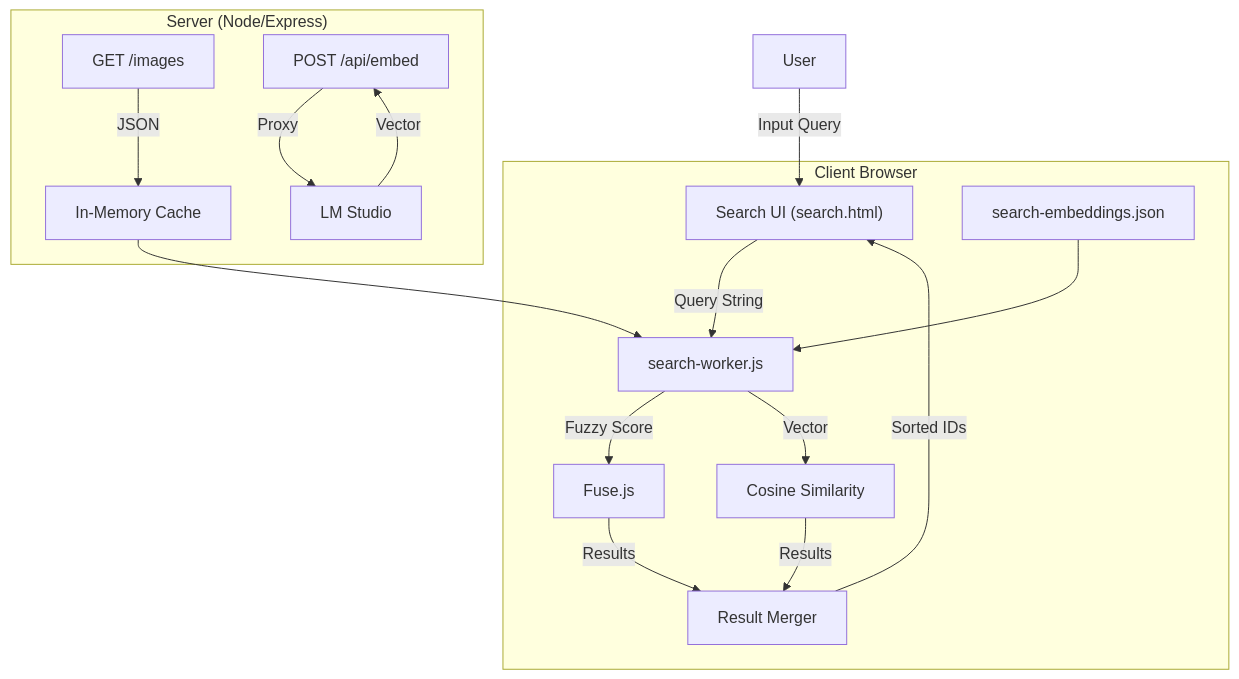
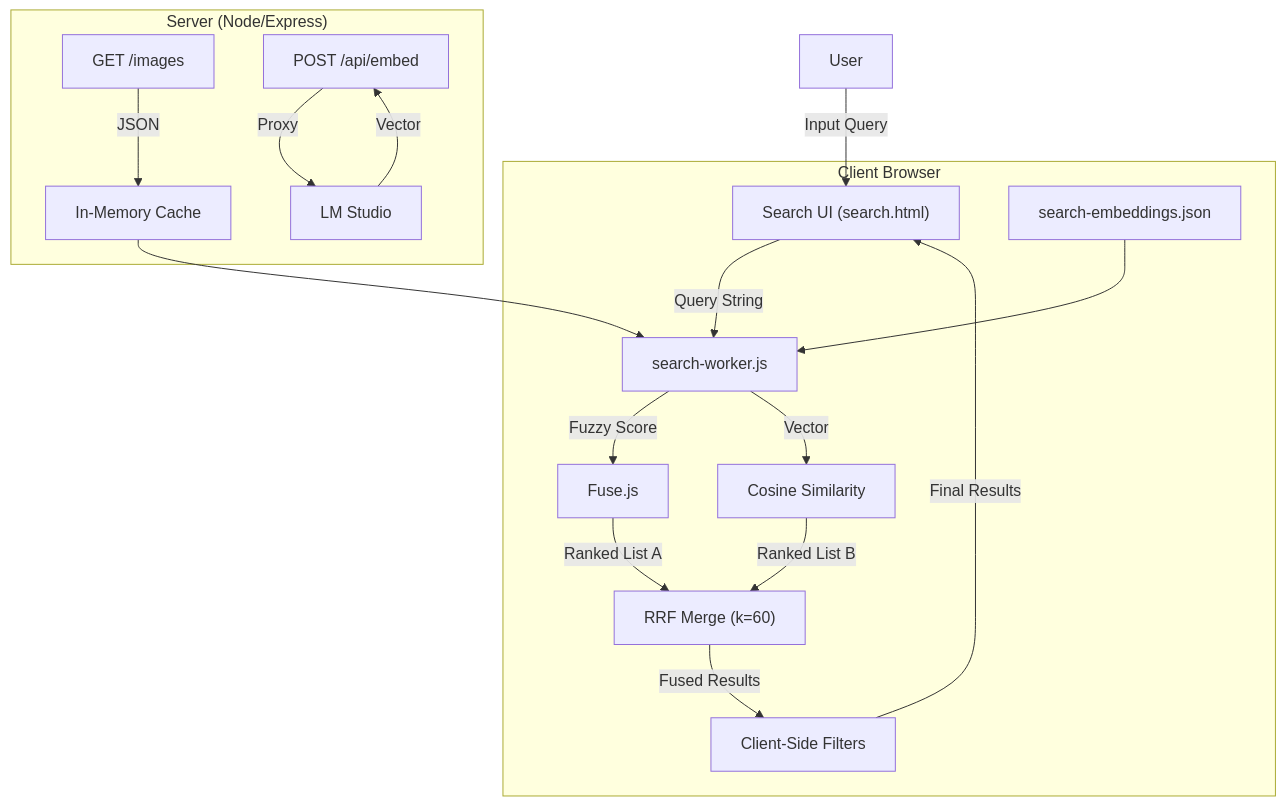
One commit to hellonearthis/LM-AI-studio changed the first of 2 diagrams in readme_search.md. Above: the diagram before and after it, drawn with Mermaid. The commit also changed other lines of this file, not shown here.

Commit message:
Update readme_search.md with RRF hybrid search, 3-way mode selector, and tooltip reference

````diff
--- a/readme_search.md
+++ b/readme_search.md
@@ -44,25 +55,26 @@
 ```mermaid
 graph TD
     User[User] -->|Input Query| UI["Search UI (search.html)"]
     
     subgraph "Server (Node/Express)"
         API_Img[GET /images] -->|JSON| Cache
         API_Embed[POST /api/embed] -->|Proxy| LMS[LM Studio]
         LMS -->|Vector| API_Embed
     end
 
     subgraph "Client Browser"
         UI -->|Query String| Worker["search-worker.js"]
         
         Cache[In-Memory Cache] --> Worker
         Vectors[search-embeddings.json] --> Worker
         
         Worker -->|Fuzzy Score| Engine1[Fuse.js]
         Worker -->|Vector| Engine2[Cosine Similarity]
         
-        Engine1 -->|Results| Merger[Result Merger]
-        Engine2 -->|Results| Merger
+        Engine1 -->|Ranked List A| RRF["RRF Merge (k=60)"]
+        Engine2 -->|Ranked List B| RRF
         
-        Merger -->|Sorted IDs| UI
+        RRF -->|Fused Results| Filters[Client-Side Filters]
+        Filters -->|Final Results| UI
     end
 ```
````
